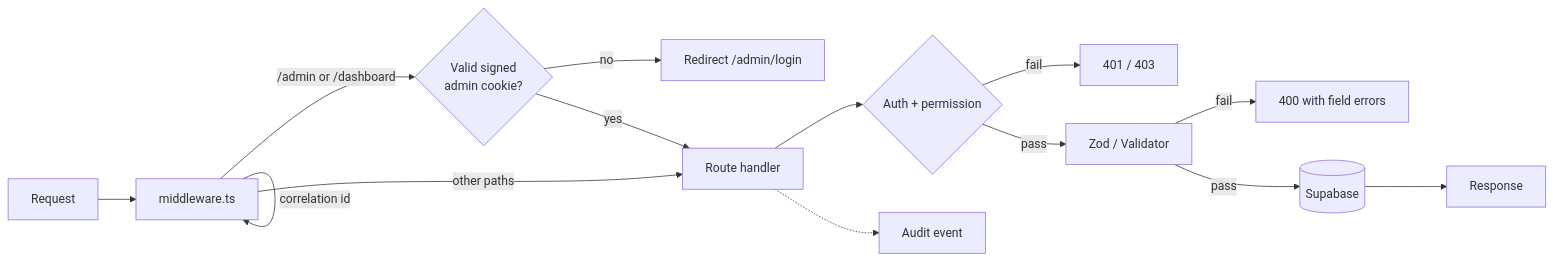
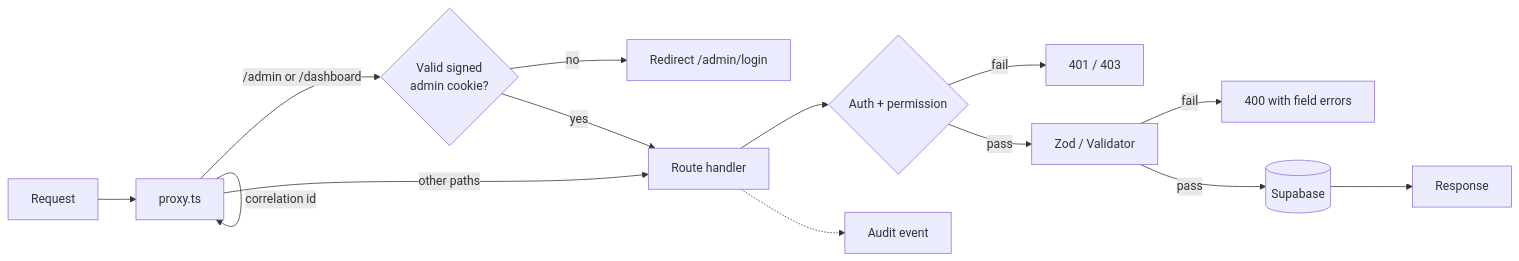
The second of 3 diagrams in docs/project-ebook.md (redmontstrategiesgroup/rsg-website), drawn with Mermaid before and after one commit. The commit also changed 168 other files, not shown here.

````diff
--- a/docs/project-ebook.md
+++ b/docs/project-ebook.md
@@ -230,16 +230,16 @@
 ```mermaid
 flowchart LR
-    R[Request] --> M[middleware.ts]
+    R[Request] --> M[proxy.ts]
     M -->|correlation id| M
     M -->|/admin or /dashboard| G{Valid signed<br/>admin cookie?}
     G -->|no| L[Redirect /admin/login]
     G -->|yes| H[Route handler]
     M -->|other paths| H
     H --> A{Auth + permission}
     A -->|fail| E[401 / 403]
     A -->|pass| V[Zod / Validator]
     V -->|fail| B[400 with field errors]
     V -->|pass| D[(Supabase)]
     D --> S[Response]
     H -.-> AU[Audit event]
 ```
````
